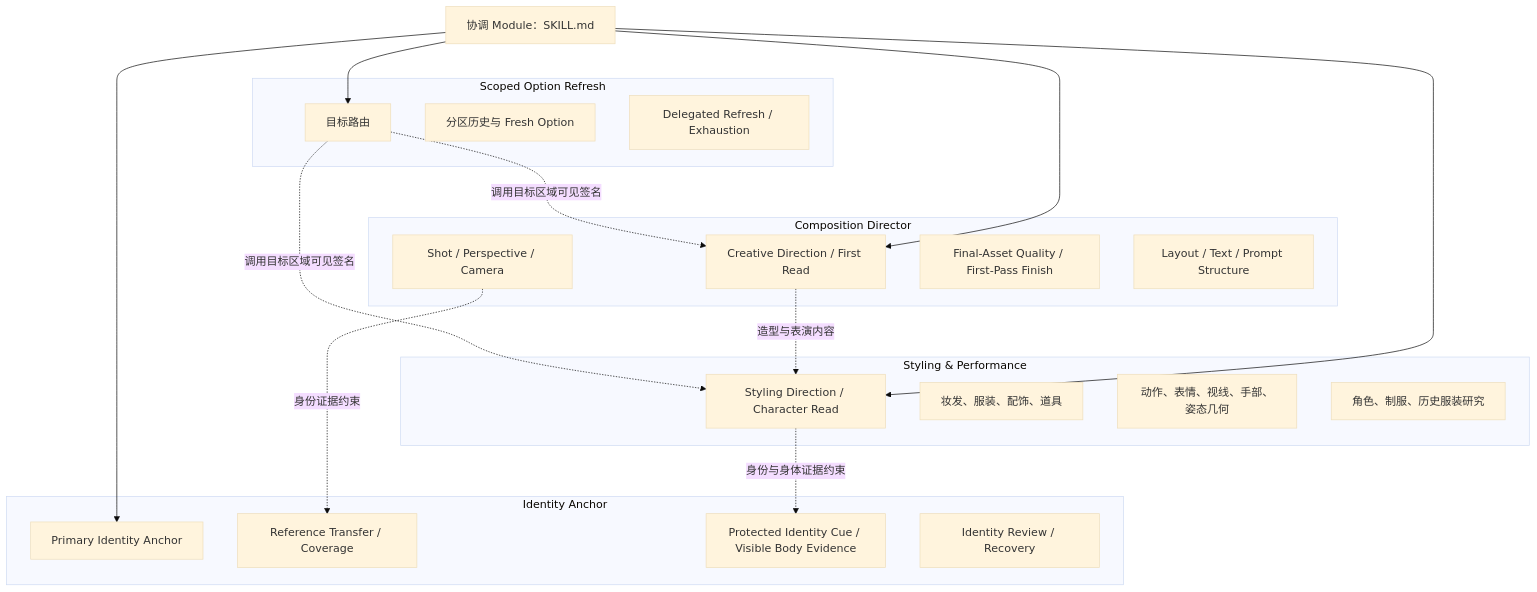
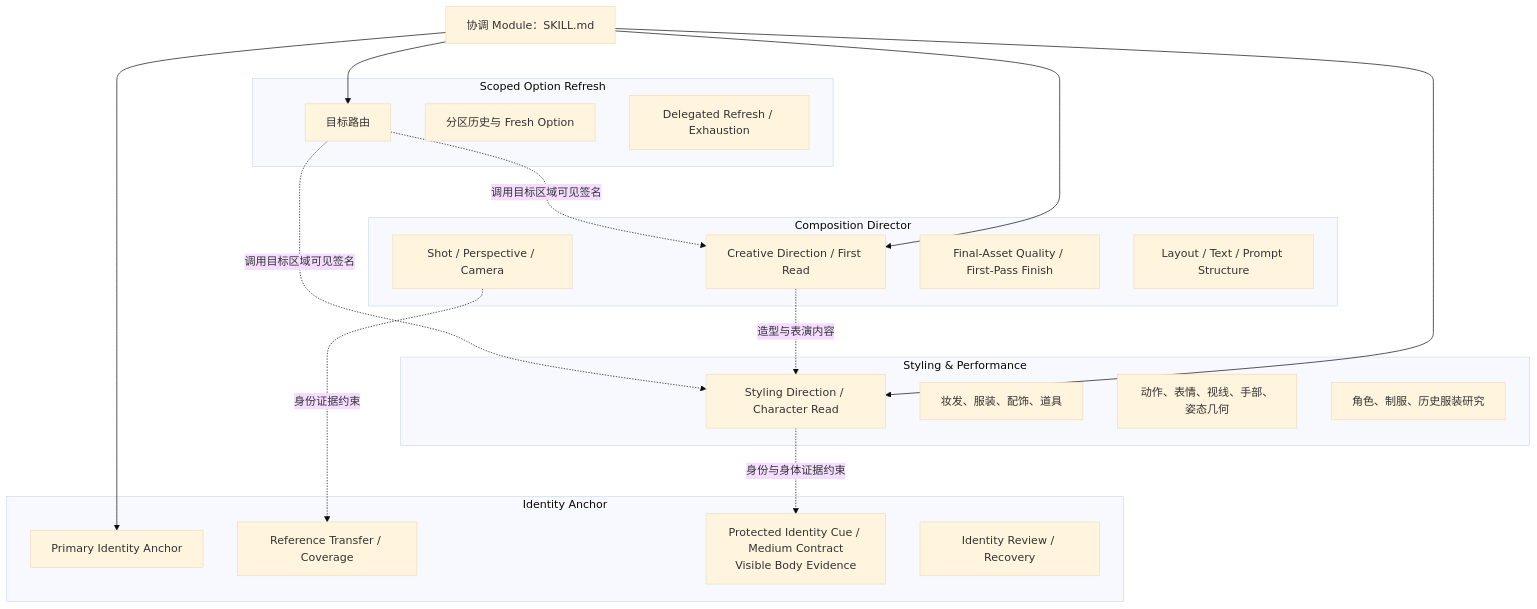
Before and after one commit to cyaoc/cast-me: the second of 13 diagrams in docs/architecture.md, drawn with Mermaid (base theme). The commit also changed other lines of this file and 5 other files, not shown here.

Commit message:
feat: resolve identity constraints by medium

````diff
--- a/docs/architecture.md
+++ b/docs/architecture.md
@@ -64,41 +64,41 @@
 ```mermaid
 flowchart TB
     K["协调 Module：SKILL.md"]
 
     subgraph ID["Identity Anchor"]
         I1["Primary Identity Anchor"]
         I2["Reference Transfer / Coverage"]
-        I3["Protected Identity Cue / Visible Body Evidence"]
+        I3["Protected Identity Cue / Medium Contract<br/>Visible Body Evidence"]
         I4["Identity Review / Recovery"]
     end
 
     subgraph COMP["Composition Director"]
         C1["Creative Direction / First Read"]
         C2["Shot / Perspective / Camera"]
         C3["Final-Asset Quality / First-Pass Finish"]
         C4["Layout / Text / Prompt Structure"]
     end
 
     subgraph STYLE["Styling & Performance"]
         S1["Styling Direction / Character Read"]
         S2["妆发、服装、配饰、道具"]
         S3["动作、表情、视线、手部、姿态几何"]
         S4["角色、制服、历史服装研究"]
     end
 
     subgraph REFRESH["Scoped Option Refresh"]
         R1["目标路由"]
         R2["分区历史与 Fresh Option"]
         R3["Delegated Refresh / Exhaustion"]
     end
 
     K --> I1
     K --> C1
     K --> S1
     K --> R1
     C2 -.身份证据约束.-> I2
     S1 -.身份与身体证据约束.-> I3
     C1 -.造型与表演内容.-> S1
     R1 -.调用目标区域可见签名.-> C1
     R1 -.调用目标区域可见签名.-> S1
 ```
````
